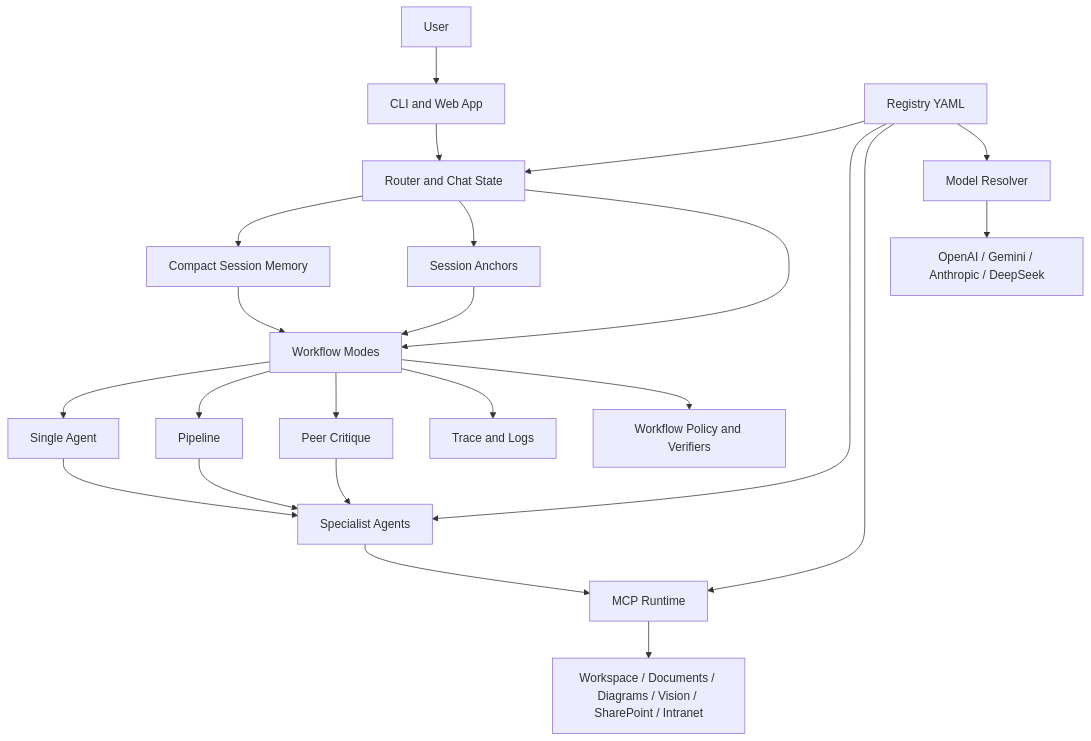
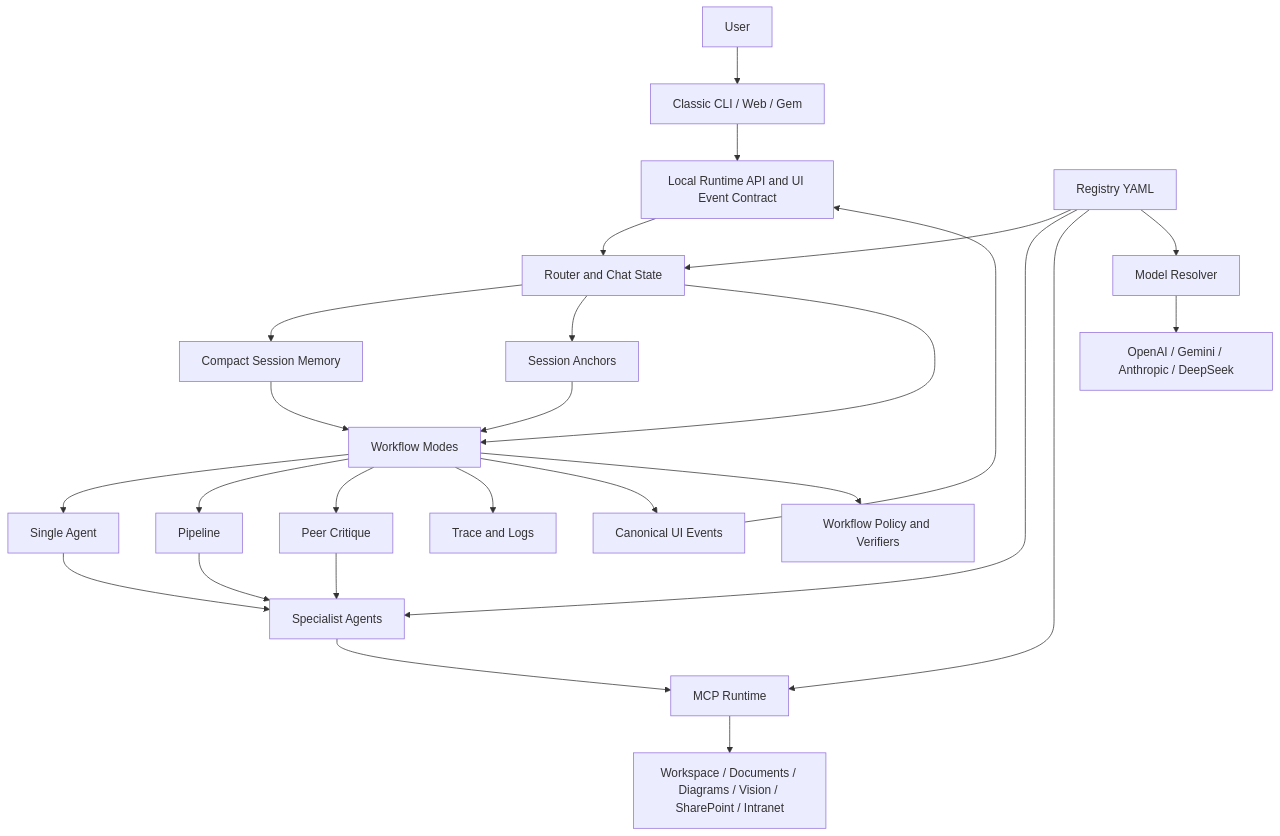
The first of 2 diagrams in README.md (crissdiamond/crisAI), drawn with Mermaid before and after one commit. The commit also changed other lines of this file and 17 other files, not shown here.

Commit message:
feat(ui): add shared runtime event contract

````diff
--- a/README.md
+++ b/README.md
@@ -31,30 +32,33 @@
 ```mermaid
 flowchart TB
-    User[User] --> Surfaces[CLI and Web App]
-    Surfaces --> Router[Router and Chat State]
+    User[User] --> Surfaces[Classic CLI / Web / Gem]
+    Surfaces --> RuntimeAPI[Local Runtime API and UI Event Contract]
+    RuntimeAPI --> Router[Router and Chat State]
     Router --> SessionMemory[Compact Session Memory]
     Router --> SessionAnchors[Session Anchors]
     Router --> Workflows[Workflow Modes]
 
     SessionMemory --> Workflows
     SessionAnchors --> Workflows
     Workflows --> Single[Single Agent]
     Workflows --> Pipeline[Pipeline]
     Workflows --> Peer[Peer Critique]
 
     Single --> Agents[Specialist Agents]
     Pipeline --> Agents
     Peer --> Agents
 
     Registry[Registry YAML] --> Router
     Registry --> Agents
     Registry --> Runtime[MCP Runtime]
     Registry --> Models[Model Resolver]
 
     Agents --> Runtime
     Models --> Providers[OpenAI / Gemini / Anthropic / DeepSeek]
     Runtime --> Sources[Workspace / Documents / Diagrams / Vision / SharePoint / Intranet]
 
     Workflows --> Trace[Trace and Logs]
+    Workflows --> UIEvents[Canonical UI Events]
     Workflows --> Policy[Workflow Policy and Verifiers]
+    UIEvents --> RuntimeAPI
 ```
````
